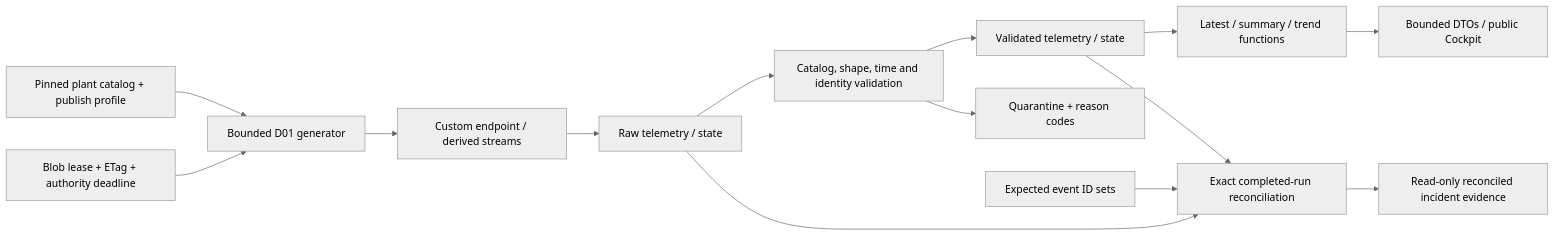
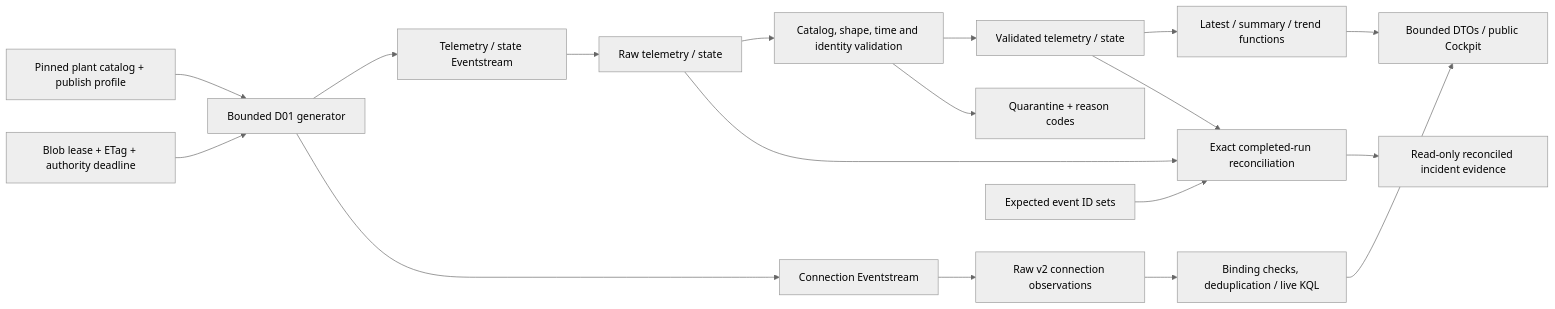
The fourth of 5 diagrams in docs/architect.md (ribumann/fabrictritwin), drawn with Mermaid (neutral theme) before and after one commit. The commit also changed other lines of this file and 10 other files, not shown here.

Commit message:
Clarify mining demo and document live data flow

````diff
--- a/docs/architect.md
+++ b/docs/architect.md
@@ -91,16 +93,20 @@
 ```mermaid
 flowchart LR
   Catalog["Pinned plant catalog + publish profile"] --> Generator["Bounded D01 generator"]
   Lease["Blob lease + ETag + authority deadline"] --> Generator
-  Generator --> Transport["Custom endpoint / derived streams"]
+  Generator --> Transport["Telemetry / state Eventstream"]
+  Generator --> Flow["Connection Eventstream"]
+  Flow --> FlowRaw["Raw v2 connection observations"]
+  FlowRaw --> Live["Binding checks, deduplication / live KQL"]
+  Live --> BFF["Bounded DTOs / public Cockpit"]
   Transport --> Raw["Raw telemetry / state"]
   Raw --> Validation["Catalog, shape, time and identity validation"]
   Validation --> Valid["Validated telemetry / state"]
   Validation --> Quarantine["Quarantine + reason codes"]
   Valid --> Queries["Latest / summary / trend functions"]
   Expected["Expected event ID sets"] --> Reconcile["Exact completed-run reconciliation"]
   Raw --> Reconcile
   Valid --> Reconcile
   Queries --> BFF["Bounded DTOs / public Cockpit"]
   Reconcile --> Incidents["Read-only reconciled incident evidence"]
 ```
````
